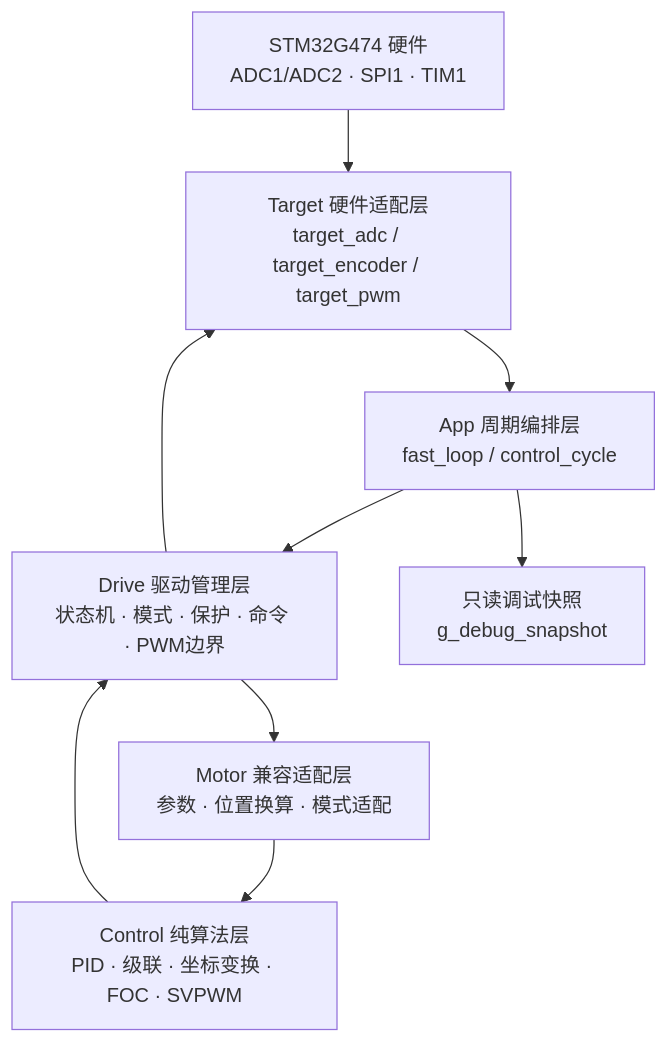
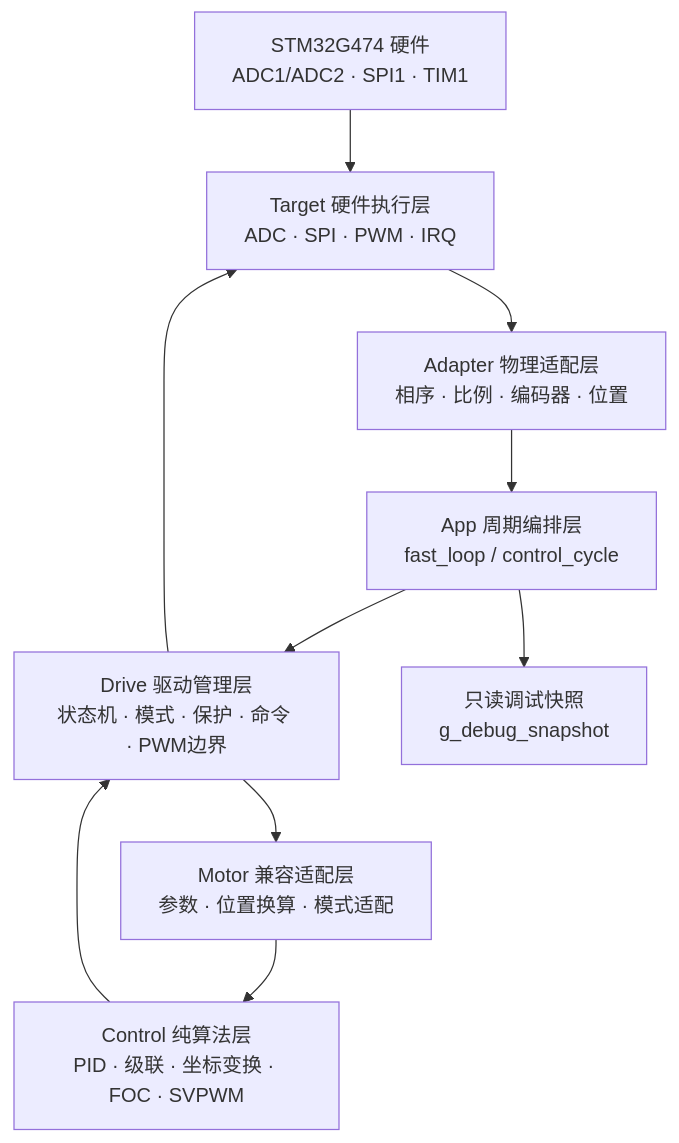
Before and after one commit to HHHyuan111/AxDr_L: the first of 8 diagrams in 文档/架构重构/08_完整代码框架状态机与算法详解.md, drawn with Mermaid. The commit also changed other lines of this file and 28 other files, not shown here.

````diff
--- a/文档/架构重构/08_完整代码框架状态机与算法详解.md
+++ b/文档/架构重构/08_完整代码框架状态机与算法详解.md
@@ -36,11 +36,12 @@
 ```mermaid
 flowchart TB
-    HW[STM32G474 硬件<br/>ADC1/ADC2 · SPI1 · TIM1] --> TARGET[Target 硬件适配层<br/>target_adc / target_encoder / target_pwm]
-    TARGET --> APP[App 周期编排层<br/>fast_loop / control_cycle]
+    HW[STM32G474 硬件<br/>ADC1/ADC2 · SPI1 · TIM1] --> TARGET[Target 硬件执行层<br/>ADC · SPI · PWM · IRQ]
+    TARGET --> ADAPTER[Adapter 物理适配层<br/>相序 · 比例 · 编码器 · 位置]
+    ADAPTER --> APP[App 周期编排层<br/>fast_loop / control_cycle]
     APP --> DRIVE[Drive 驱动管理层<br/>状态机 · 模式 · 保护 · 命令 · PWM边界]
     DRIVE --> MOTOR[Motor 兼容适配层<br/>参数 · 位置换算 · 模式适配]
     MOTOR --> CONTROL[Control 纯算法层<br/>PID · 级联 · 坐标变换 · FOC · SVPWM]
     CONTROL --> DRIVE
     DRIVE --> TARGET
     APP --> DEBUG[只读调试快照<br/>g_debug_snapshot]
 ```
````
